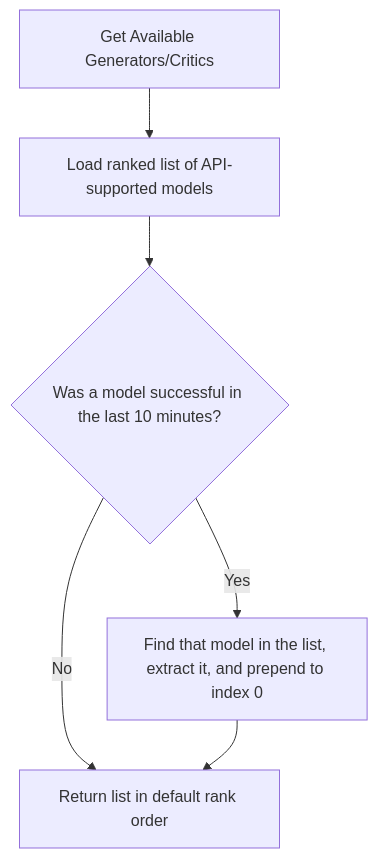
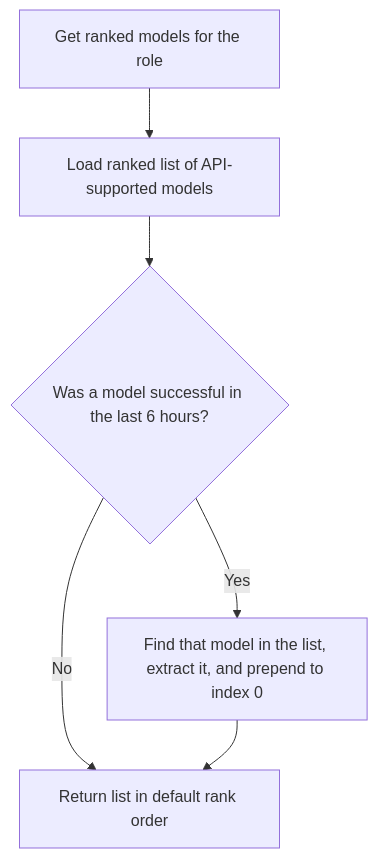
Before and after one commit to Envel-Nikita-Gutsenkov/CryptographBot: the second of 3 diagrams in docs/ai_pipeline_guide.md, drawn with Mermaid. The commit also changed other lines of this file and 23 other files, not shown here.

````diff
--- a/docs/ai_pipeline_guide.md
+++ b/docs/ai_pipeline_guide.md
@@ -53,9 +53,9 @@
 ```mermaid
 flowchart TD
-    Start[Get Available Generators/Critics] --> FetchPool[Load ranked list of API-supported models]
-    CheckSuccess{Was a model successful in the last 10 minutes?}
+    Start[Get ranked models for the role] --> FetchPool[Load ranked list of API-supported models]
+    CheckSuccess{Was a model successful in the last 6 hours?}
     FetchPool --> CheckSuccess
     CheckSuccess -- Yes --> Promote[Find that model in the list, extract it, and prepend to index 0]
     CheckSuccess -- No --> Return[Return list in default rank order]
     Promote --> Return
 ```
````
